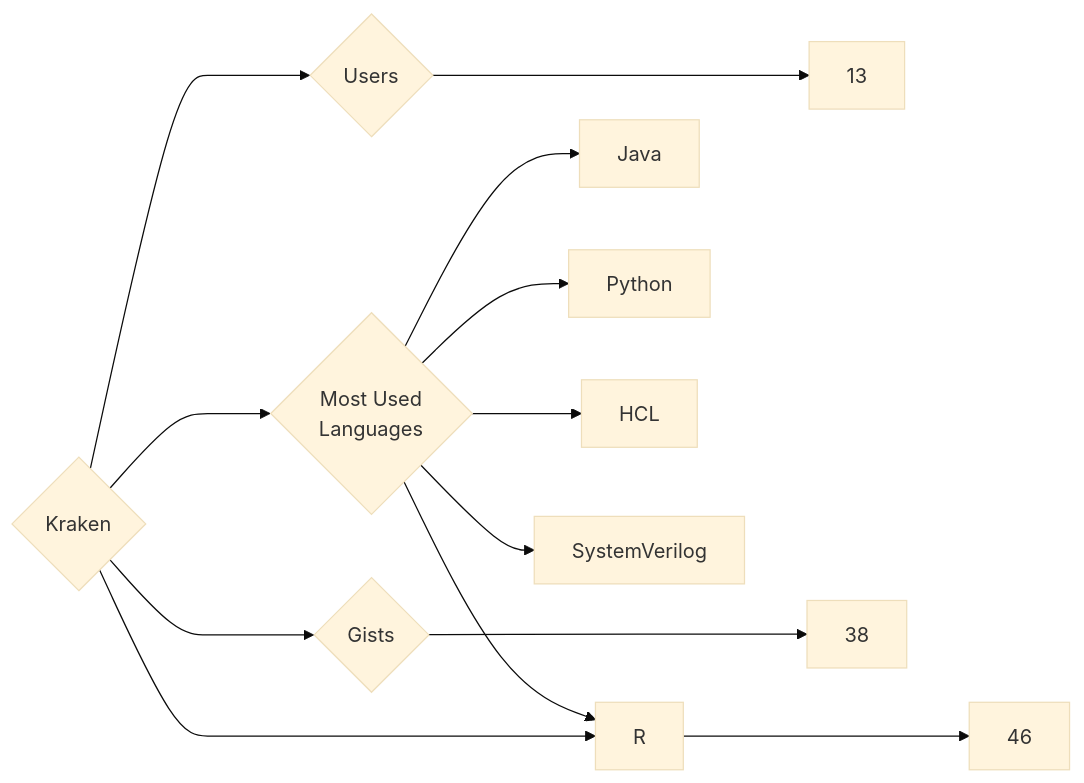
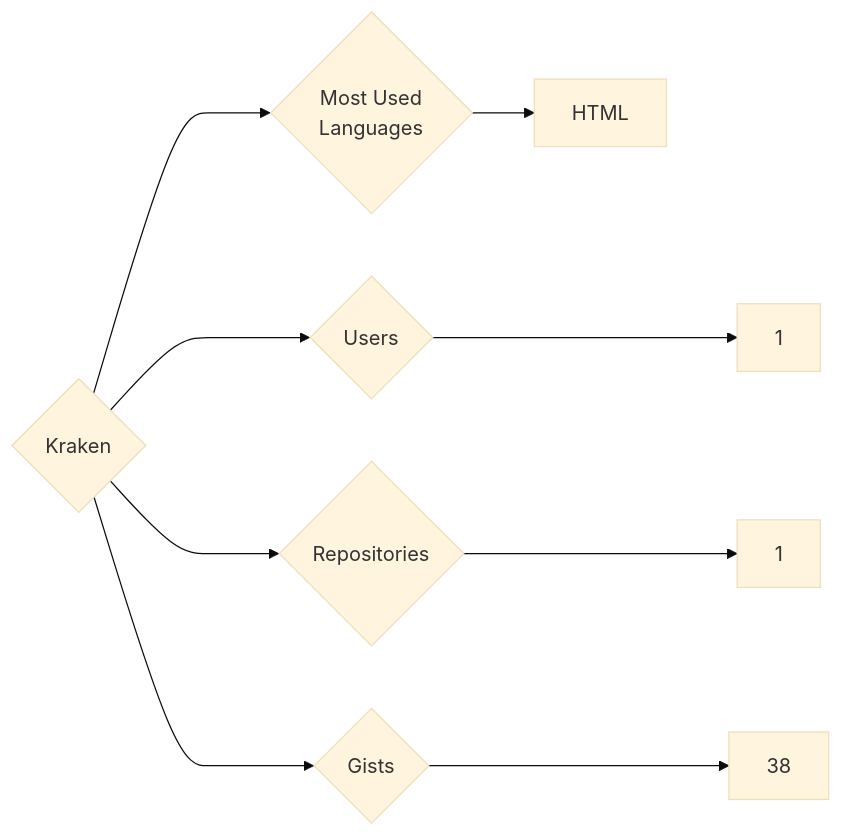
The diagram in targets/Kraken/README.md (trickest/insiders), drawn with Mermaid (base theme) before and after one commit. The commit also changed 860 other files, not shown here.

````diff
--- a/targets/Kraken/README.md
+++ b/targets/Kraken/README.md
@@ -3,13 +3,9 @@
 ```mermaid
 graph LR
 COMPANY_NAME{Kraken}
-COMPANY_NAME ---> U{Users} ---> UN[13]
-COMPANY_NAME ---> R{Repositories} ---> RN[46]
+COMPANY_NAME ---> U{Users} ---> UN[1]
+COMPANY_NAME ---> R{Repositories} ---> RN[1]
 COMPANY_NAME ---> G{Gists} ---> GN[38]
 COMPANY_NAME ---> ML{Most Used<br>Languages}
-ML --> Java[Java]
-ML --> Python[Python]
-ML --> R[R]
-ML --> HCL[HCL]
-ML --> SystemVerilog[SystemVerilog]
+ML --> HTML[HTML]
 ```
````
